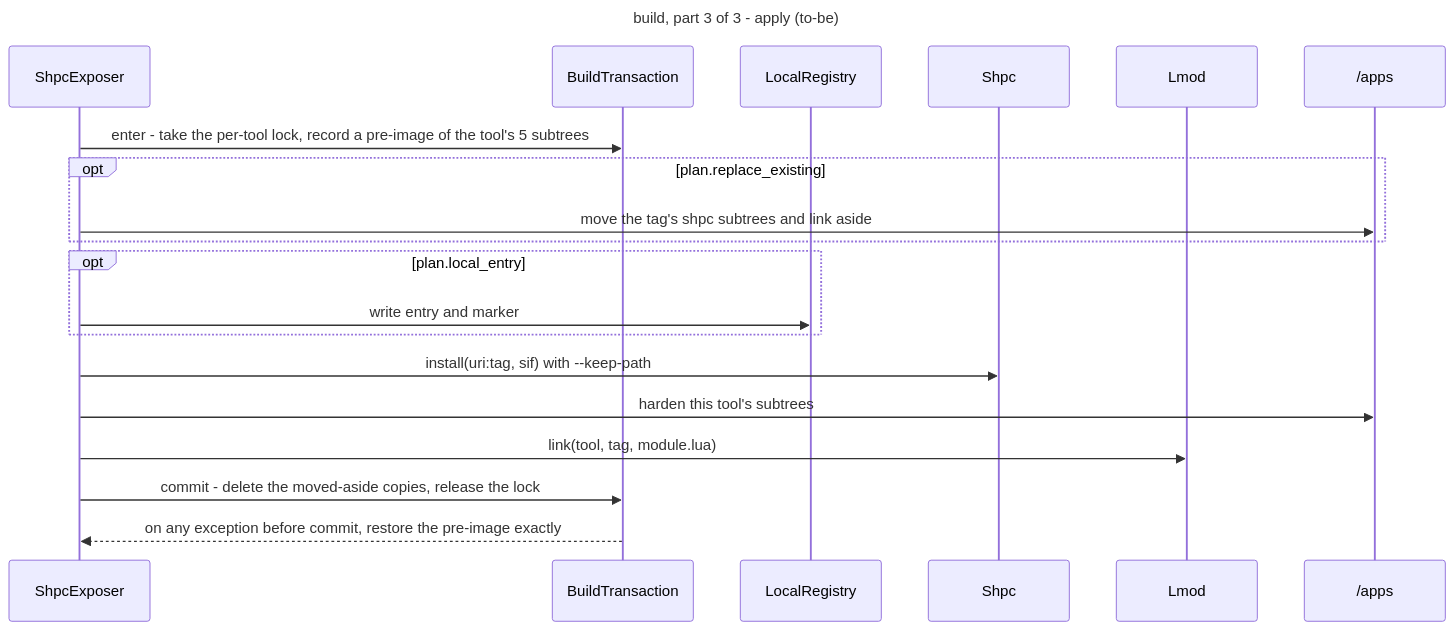
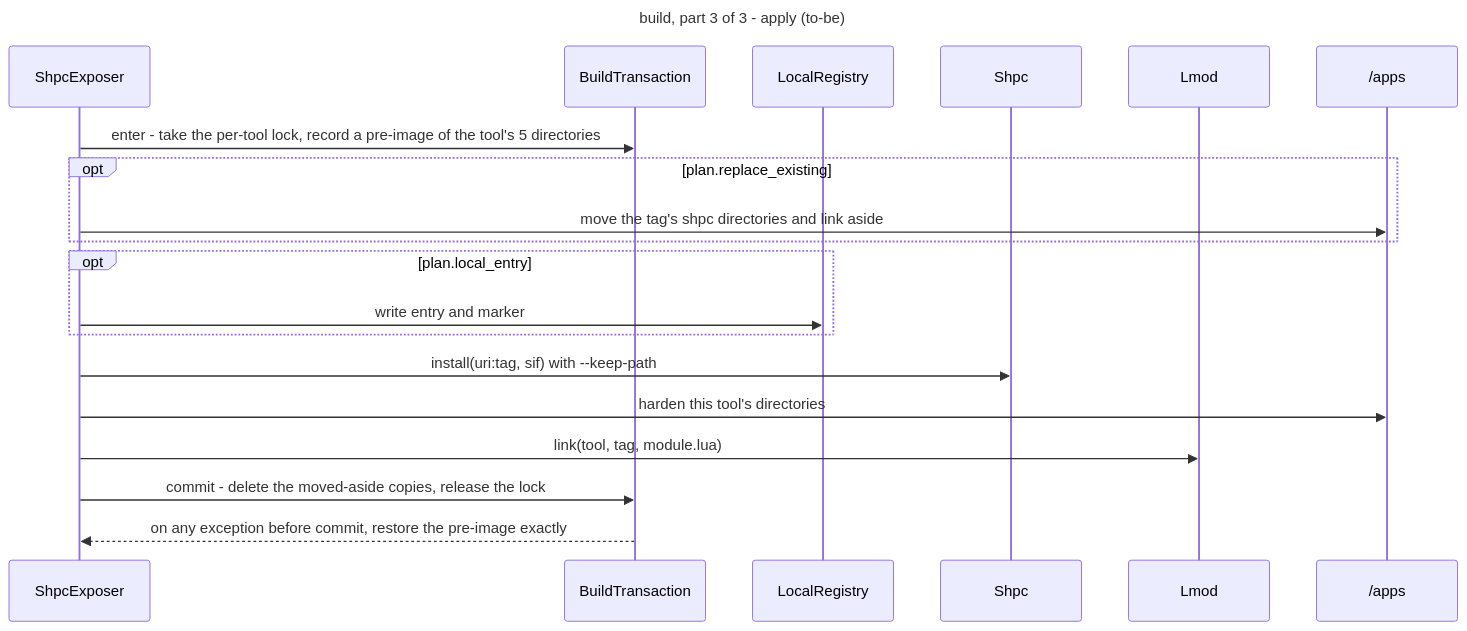
One commit to Sydney-Informatics-Hub/shelley changed the eighth of 11 diagrams in docs/reference/architecture/target-state.md. Above: the diagram before and after it, drawn with Mermaid. The commit also changed other lines of this file and 10 other files, not shown here.

Commit message:
MAINT: Replace use of trees/subtrees with tool_dirs

````diff
--- a/docs/reference/architecture/target-state.md
+++ b/docs/reference/architecture/target-state.md
@@ -388,24 +388,24 @@
 ```mermaid
 ---
 title: build, part 3 of 3 - apply (to-be)
 ---
 sequenceDiagram
     participant X as ShpcExposer
     participant T as BuildTransaction
     participant L as LocalRegistry
     participant SH as Shpc
     participant LM as Lmod
     participant FS as /apps
-    X->>T: enter - take the per-tool lock, record a pre-image of the tool's 5 subtrees
+    X->>T: enter - take the per-tool lock, record a pre-image of the tool's 5 directories
     opt plan.replace_existing
-        X->>FS: move the tag's shpc subtrees and link aside
+        X->>FS: move the tag's shpc directories and link aside
     end
     opt plan.local_entry
         X->>L: write entry and marker
     end
     X->>SH: install(uri:tag, sif) with --keep-path
-    X->>FS: harden this tool's subtrees
+    X->>FS: harden this tool's directories
     X->>LM: link(tool, tag, module.lua)
     X->>T: commit - delete the moved-aside copies, release the lock
     T-->>X: on any exception before commit, restore the pre-image exactly
 ```
````
